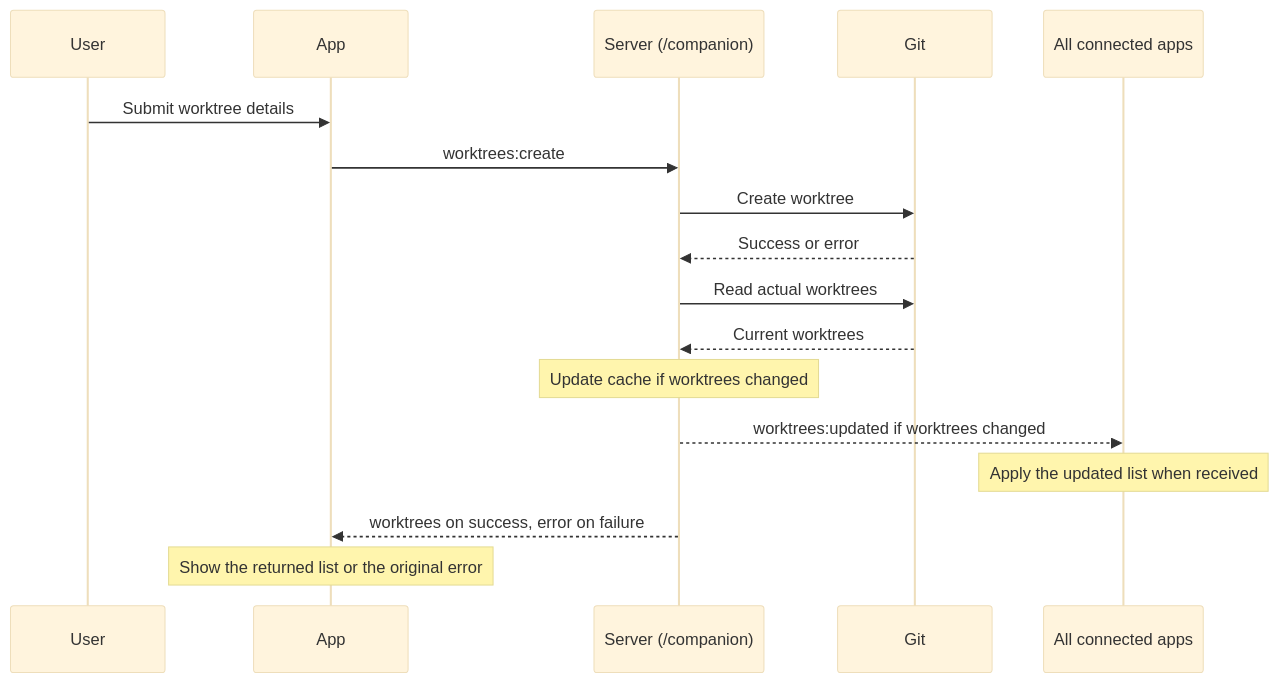
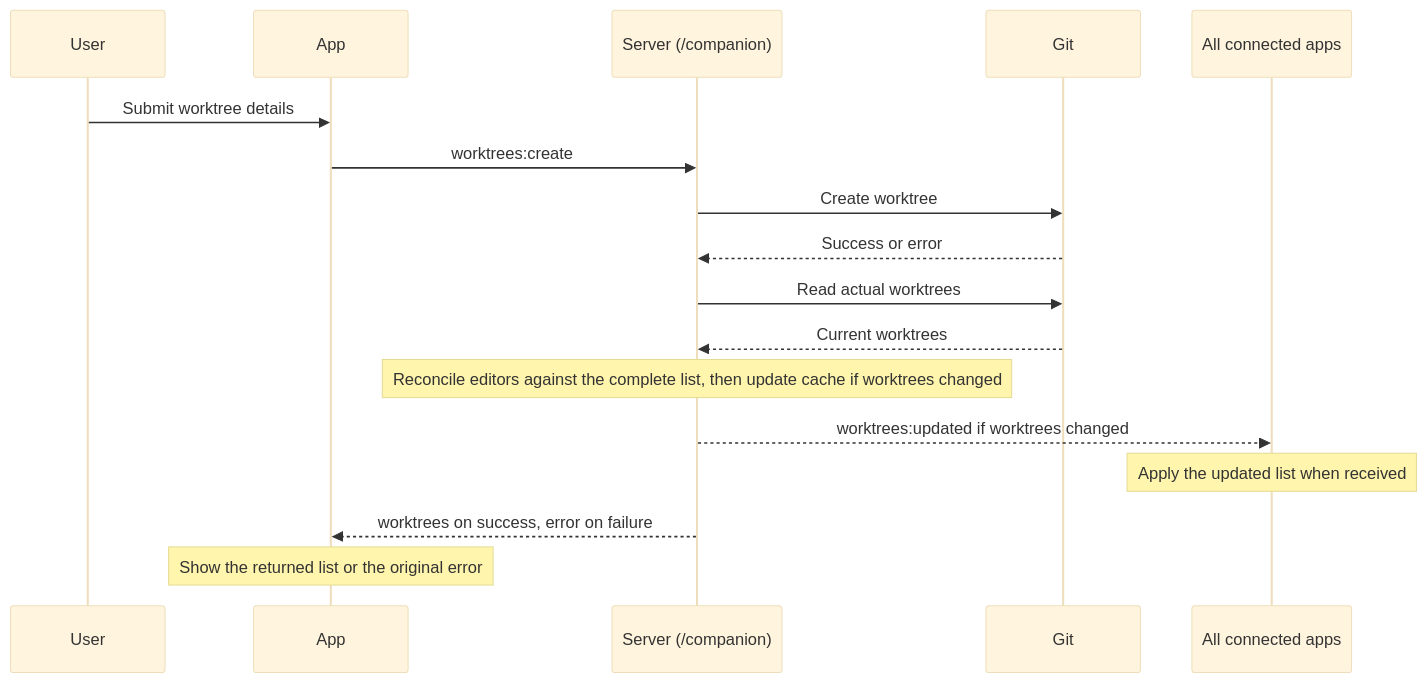
The fourth of 11 diagrams in AGENTS.md (takeshibaconsuzuki/ade-overlay), drawn with Mermaid (base theme) before and after one commit. The commit also changed other lines of this file and 47 other files, not shown here.

Commit message:
Add persistent VS Code editors for worktrees

````diff
--- a/AGENTS.md
+++ b/AGENTS.md
@@ -107,19 +119,19 @@
 ```mermaid
 sequenceDiagram
     participant User
     participant App
     participant Server as Server (/companion)
     participant Git
     participant Clients as All connected apps
     User->>App: Submit worktree details
     App->>Server: worktrees:create
     Server->>Git: Create worktree
     Git-->>Server: Success or error
     Server->>Git: Read actual worktrees
     Git-->>Server: Current worktrees
-    Note over Server: Update cache if worktrees changed
+    Note over Server: Reconcile editors against the complete list, then update cache if worktrees changed
     Server-->>Clients: worktrees:updated if worktrees changed
     Note over Clients: Apply the updated list when received
     Server-->>App: worktrees on success, error on failure
     Note over App: Show the returned list or the original error
 ```
````
